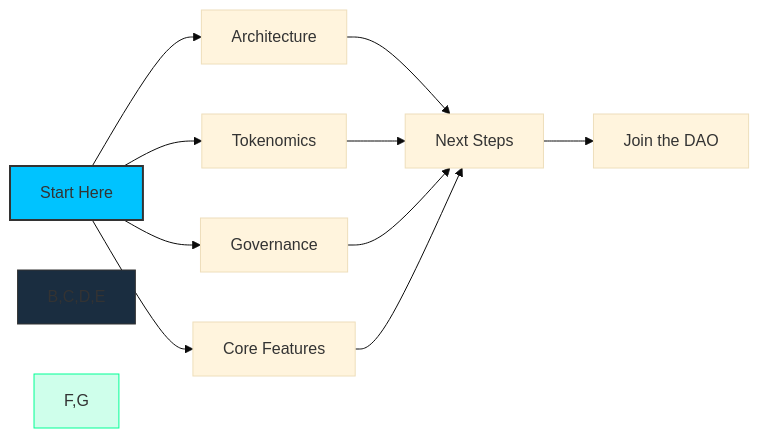
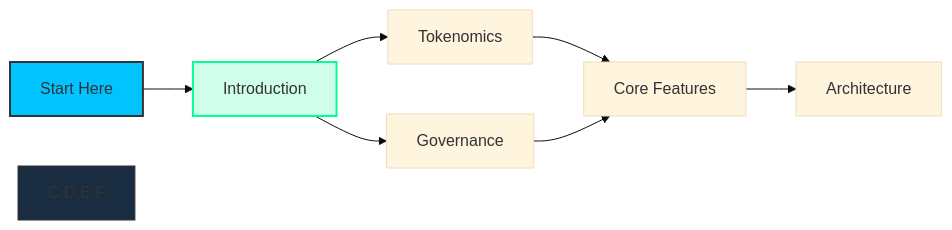
The diagram in src/frontend/src/assets/markdown/en/introduction.md (cosmicrafts/cosmicrafts-dao), drawn with Mermaid (base theme) before and after one commit. The commit also changed other lines of this file and 5 other files, not shown here.

````diff
--- a/src/frontend/src/assets/markdown/en/introduction.md
+++ b/src/frontend/src/assets/markdown/en/introduction.md
@@ -173,18 +79,15 @@
 ```mermaid
 flowchart LR
-    A[Start Here] --> B[Architecture]
-    A --> C[Tokenomics]
-    A --> D[Governance]
-    A --> E[Core Features]
+    A[Start Here] --> B[Introduction]
+    B --> C[Tokenomics]
+    B --> D[Governance]
     
-    B --> F[Next Steps]
-    C --> F
-    D --> F
-    E --> F
+    C --> E[Core Features]
+    D --> E
     
-    F --> G[Join the DAO]
+    E --> F[Architecture]
     
     style A fill:#00c3ff,stroke:#333,stroke-width:2px
-    style B,C,D,E fill:#1a2d40,stroke:#333,stroke-width:1px
-    style F,G fill:#00ff9530,stroke:#00ff95,stroke-width:1px
+    style B fill:#00ff9530,stroke:#00ff95,stroke-width:2px
+    style C,D,E,F fill:#1a2d40,stroke:#333,stroke-width:1px
 ```
````
